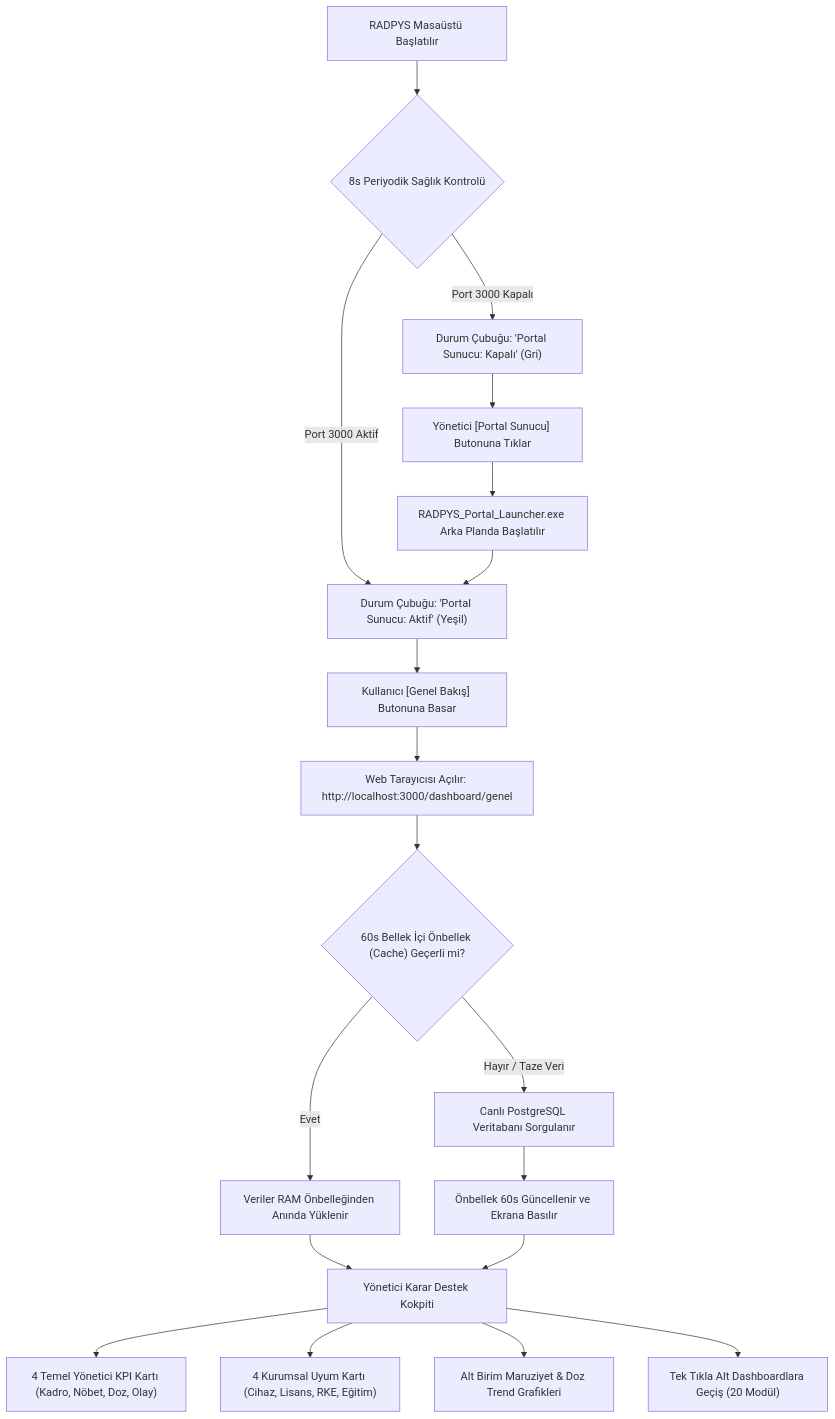
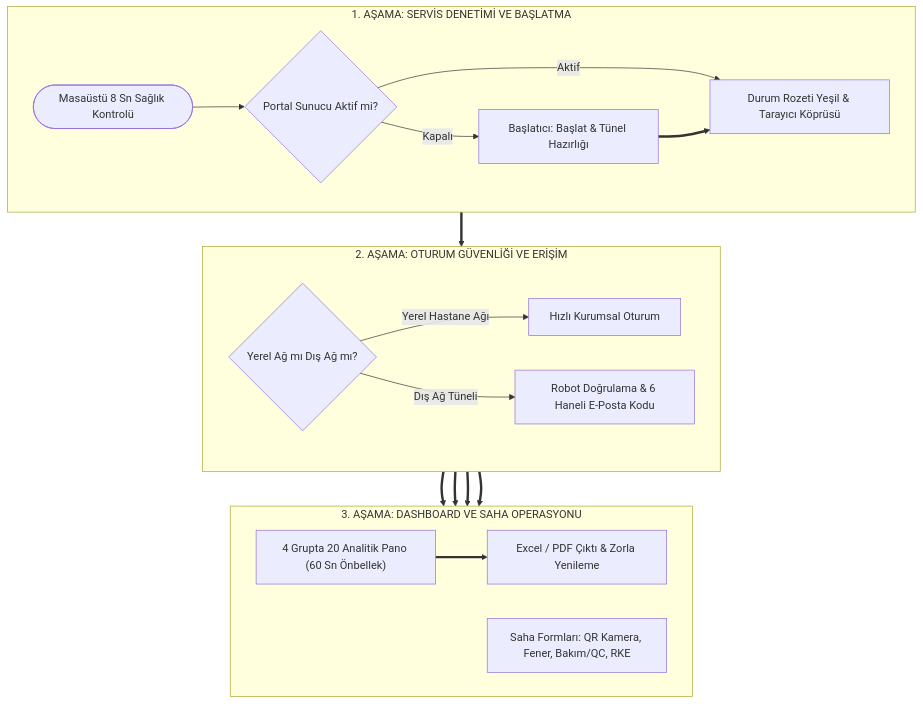
Before and after one commit to radpy-v4/RADPYS_V4_WEB: the diagram in help/src/22_web_portal_ve_dashboardlar.md, drawn with Mermaid. The commit also changed other lines of this file and 67 other files, not shown here.

````diff
--- a/help/src/22_web_portal_ve_dashboardlar.md
+++ b/help/src/22_web_portal_ve_dashboardlar.md
@@ -126,26 +61,27 @@
 ```mermaid
-flowchart TD
- A["RADPYS Masaüstü Başlatılır"] --> B{"8s Periyodik Sağlık Kontrolü"}
- B -- "Port 3000 Aktif" --> C["Durum Çubuğu: 'Portal Sunucu: Aktif' (Yeşil)"]
- B -- "Port 3000 Kapalı" --> D["Durum Çubuğu: 'Portal Sunucu: Kapalı' (Gri)"]
+flowchart TB
+ subgraph S1 ["1. AŞAMA: SERVİS DENETİMİ VE BAŞLATMA"]
+  direction LR
+  A(["Masaüstü 8 Sn Sağlık Kontrolü"]) --> B{"Portal Sunucu Aktif mi?"}
+  B -->|Kapalı| C["Başlatıcı: Başlat &amp; Tünel Hazırlığı"]
+  B -->|Aktif| D["Durum Rozeti Yeşil &amp; Tarayıcı Köprüsü"]
+ end
 
- D --> E["Yönetici [Portal Sunucu] Butonuna Tıklar"]
- E --> F["RADPYS_Portal_Launcher.exe Arka Planda Başlatılır"]
- F --> C
+ subgraph S2 ["2. AŞAMA: OTURUM GÜVENLİĞİ VE ERİŞİM"]
+  direction LR
+  E{"Yerel Ağ mı Dış Ağ mı?"} -->|Yerel Hastane Ağı| F["Hızlı Kurumsal Oturum"]
+  E -->|Dış Ağ Tüneli| G["Robot Doğrulama &amp; 6 Haneli E-Posta Kodu"]
+ end
 
- C --> G["Kullanıcı [Genel Bakış] Butonuna Basar"]
- G --> H["Web Tarayıcısı Açılır: http://localhost:3000/dashboard/genel"]
+ subgraph S3 ["3. AŞAMA: DASHBOARD VE SAHA OPERASYONU"]
+  direction LR
+  H["4 Grupta 20 Analitik Pano (60 Sn Önbellek)"]
+  I["Saha Formları: QR Kamera, Fener, Bakım/QC, RKE"]
+  J["Excel / PDF Çıktı &amp; Zorla Yenileme"]
+ end
 
- H --> I{"60s Bellek İçi Önbellek (Cache) Geçerli mi?"}
- I -- "Evet" --> J["Veriler RAM Önbelleğinden Anında Yüklenir"]
- I -- "Hayır / Taze Veri" --> K["Canlı PostgreSQL Veritabanı Sorgulanır"]
- K --> L["Önbellek 60s Güncellenir ve Ekrana Basılır"]
-
- J --> M["Yönetici Karar Destek Kokpiti"]
- L --> M
-
- M --> N["4 Temel Yönetici KPI Kartı (Kadro, Nöbet, Doz, Olay)"]
- M --> O["4 Kurumsal Uyum Kartı (Cihaz, Lisans, RKE, Eğitim)"]
- M --> P["Alt Birim Maruziyet & Doz Trend Grafikleri"]
- M --> Q["Tek Tıkla Alt Dashboardlara Geçiş (20 Modül)"]
+ C ==> D
+ D ==> E
+ F & G ==> H & I
+ H ==> J
 ```
````
